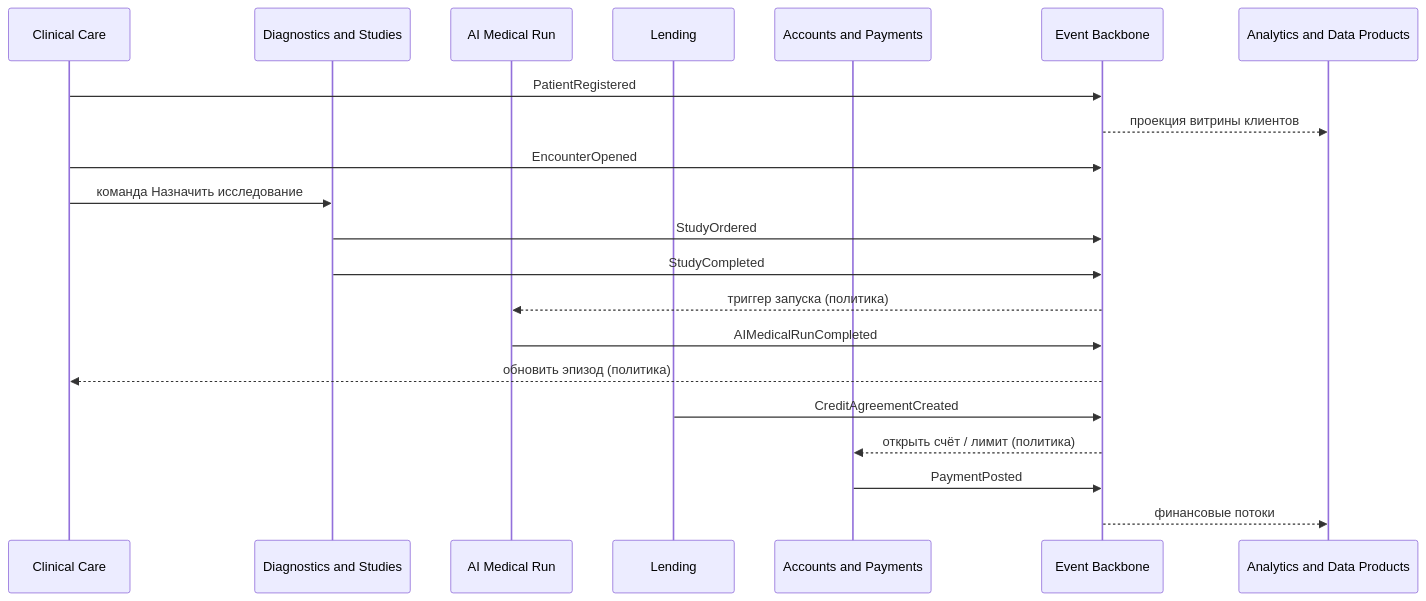
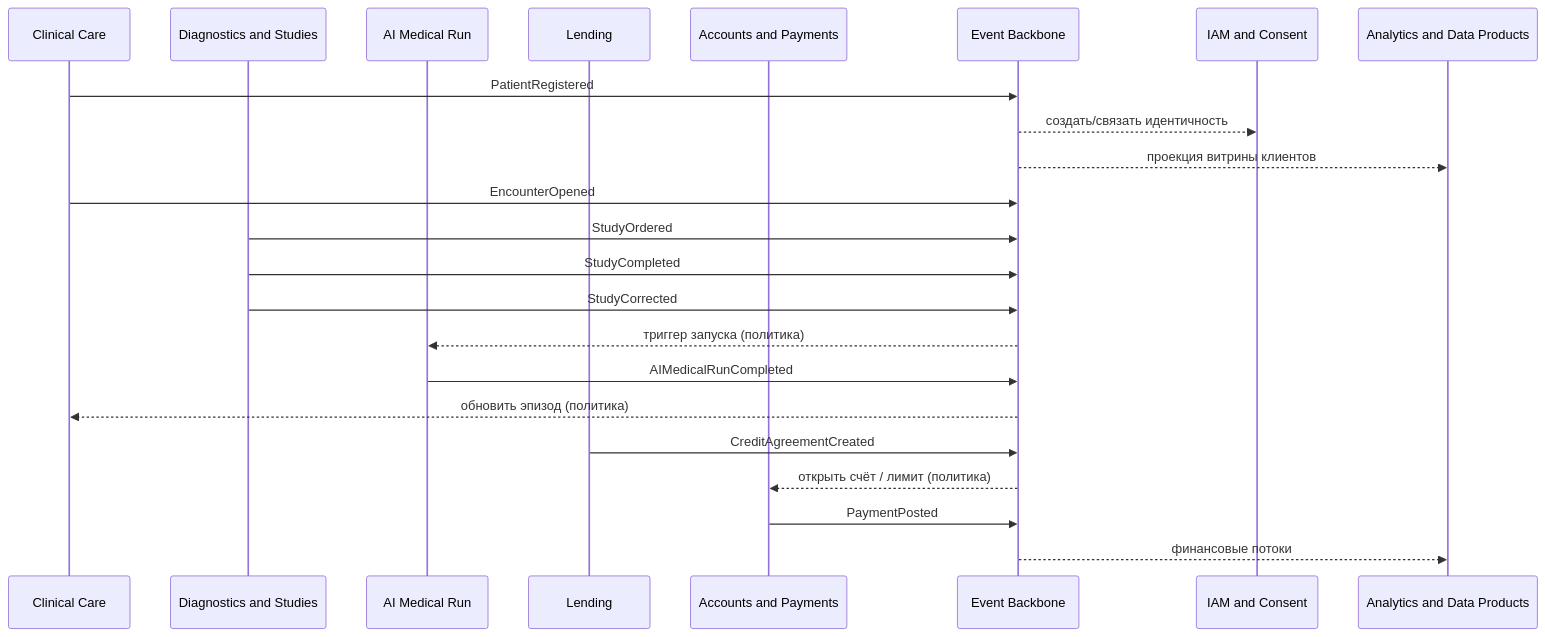
Before and after one commit to MorKaragh/architecture-future_2_0: the first of 2 diagrams in Task4Advanced/event-storming.md, drawn with Mermaid. The commit also changed other lines of this file and 8 other files, not shown here.

````diff
--- a/Task4Advanced/event-storming.md
+++ b/Task4Advanced/event-storming.md
@@ -52,24 +53,26 @@
 ```mermaid
 sequenceDiagram
   participant CC as Clinical Care
   participant DS as Diagnostics and Studies
   participant AI as AI Medical Run
   participant LN as Lending
   participant AP as Accounts and Payments
   participant EB as Event Backbone
+  participant IAM as IAM and Consent
   participant ADP as Analytics and Data Products
 
   CC->>EB: PatientRegistered
+  EB-->>IAM: создать/связать идентичность
   EB-->>ADP: проекция витрины клиентов
   CC->>EB: EncounterOpened
-  CC->>DS: команда Назначить исследование
   DS->>EB: StudyOrdered
   DS->>EB: StudyCompleted
+  DS->>EB: StudyCorrected
   EB-->>AI: триггер запуска (политика)
   AI->>EB: AIMedicalRunCompleted
   EB-->>CC: обновить эпизод (политика)
   LN->>EB: CreditAgreementCreated
   EB-->>AP: открыть счёт / лимит (политика)
   AP->>EB: PaymentPosted
   EB-->>ADP: финансовые потоки
 ```
````
